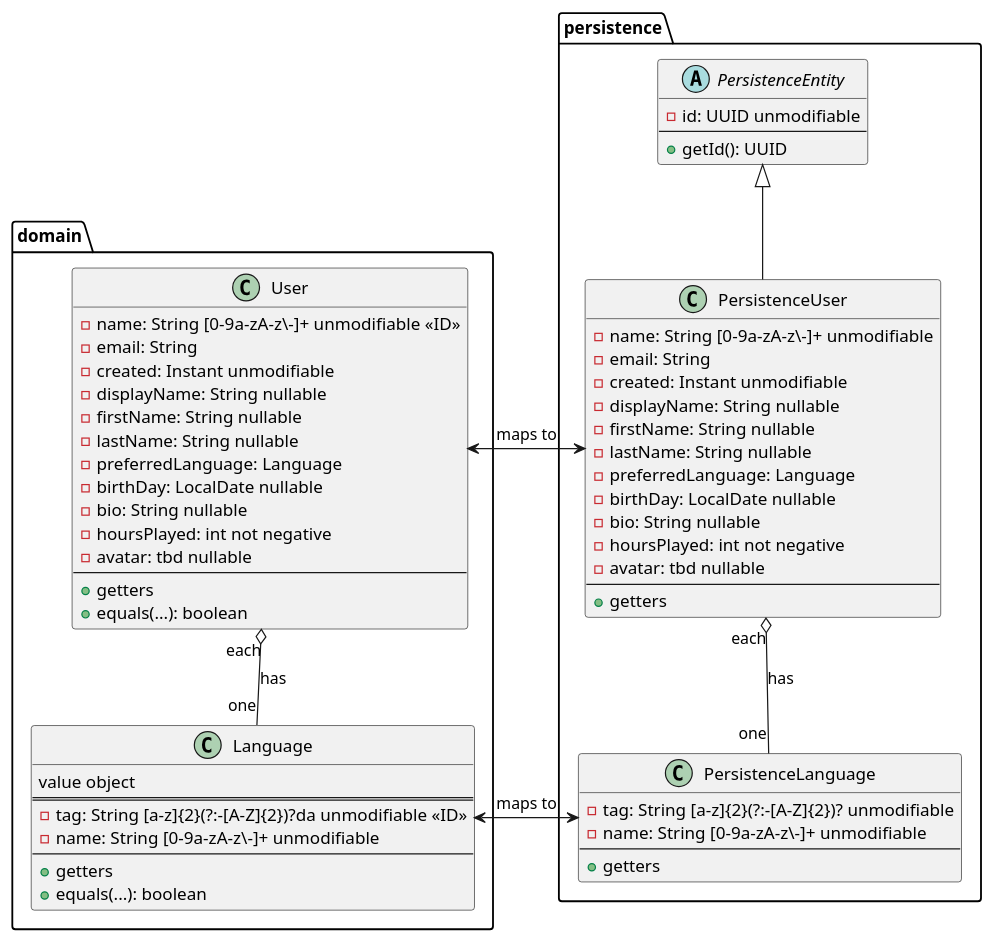
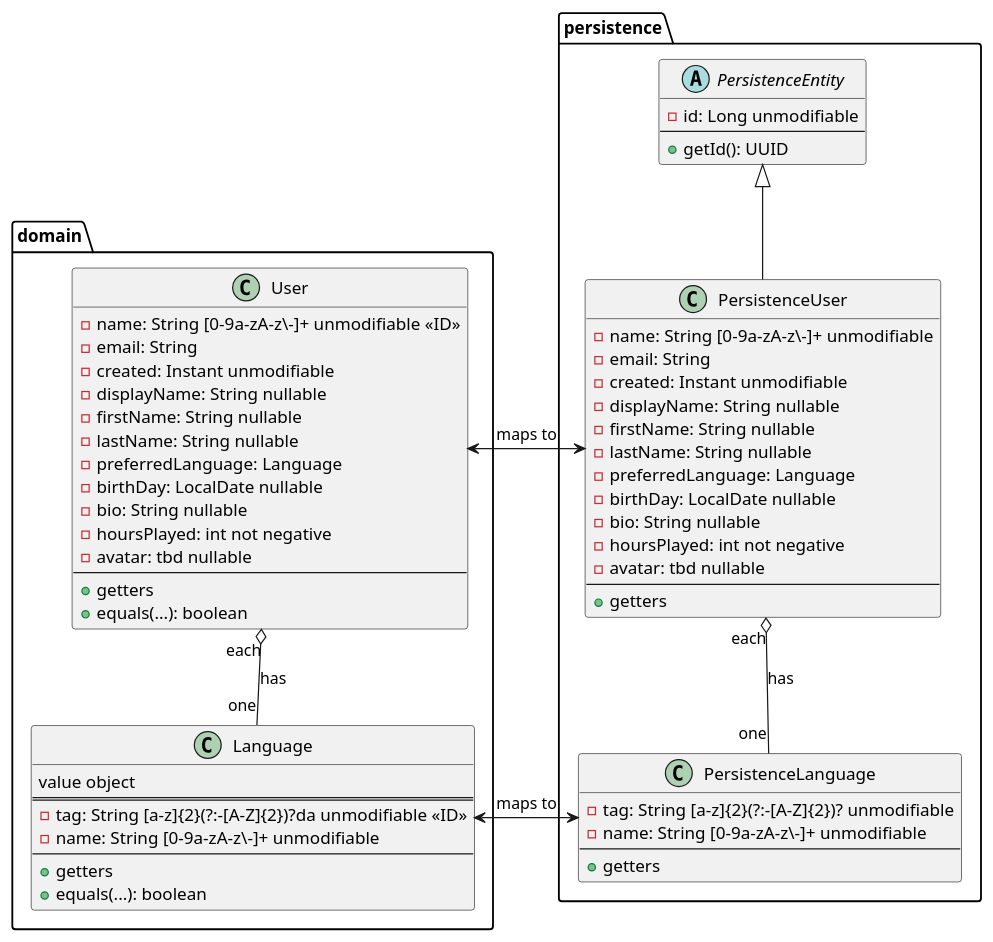
One commit to turing85/untitled-rpg-webapp changed the diagram in doc/datamodel/UML.puml. Above: the diagram before and after it, drawn with PlantUML. The commit also changed 1 other file, not shown here.

```diff
--- a/doc/datamodel/UML.puml
+++ b/doc/datamodel/UML.puml
@@ -1,74 +1,74 @@
 @startuml
 
 package domain {
 
     class User {
         {field} - name: String [0-9a-zA-z\-]+ unmodifiable <<ID>>
         {field} - email: String
         {field} - created: Instant unmodifiable
         {field} - displayName: String nullable
         {field} - firstName: String nullable
         {field} - lastName: String nullable
         {field} - preferredLanguage: Language
         {field} - birthDay: LocalDate nullable
         {field} - bio: String nullable
         {field} - hoursPlayed: int not negative
         {field} - avatar: tbd nullable
         --
         {method}+ getters
         {method}+ equals(...): boolean
     }
 
     class Language {
         value object
         ==
         {field} - tag: String [a-z]{2}(?:-[A-Z]{2})?da unmodifiable <<ID>>
         {field} - name: String [0-9a-zA-z\-]+ unmodifiable
         --
         {method} + getters
         {method} + equals(...): boolean
     }
 }
 
 package persistence {
 
     abstract class PersistenceEntity {
-        {field} - id: UUID unmodifiable
+        {field} - id: Long unmodifiable
         --
         {method} + getId(): UUID
     }
 
     class PersistenceUser {
         {field} - name: String [0-9a-zA-z\-]+ unmodifiable
         {field} - email: String
         {field} - created: Instant unmodifiable
         {field} - displayName: String nullable
         {field} - firstName: String nullable
         {field} - lastName: String nullable
         {field} - preferredLanguage: Language
         {field} - birthDay: LocalDate nullable
         {field} - bio: String nullable
         {field} - hoursPlayed: int not negative
         {field} - avatar: tbd nullable
         --
         {method}+ getters
     }
 
     class PersistenceLanguage {
         {field} - tag: String [a-z]{2}(?:-[A-Z]{2})? unmodifiable
         {field} - name: String [0-9a-zA-z\-]+ unmodifiable
         --
         {method} + getters
     }
 
 }
 
 User "each" o-down- "one" Language:  has
 
 PersistenceEntity <|-- PersistenceUser
 PersistenceUser "each" o-- "one" PersistenceLanguage: has
 
 PersistenceUser <-left-> User: maps to
 PersistenceLanguage <-left-> Language: maps to
 
 @enduml
```
